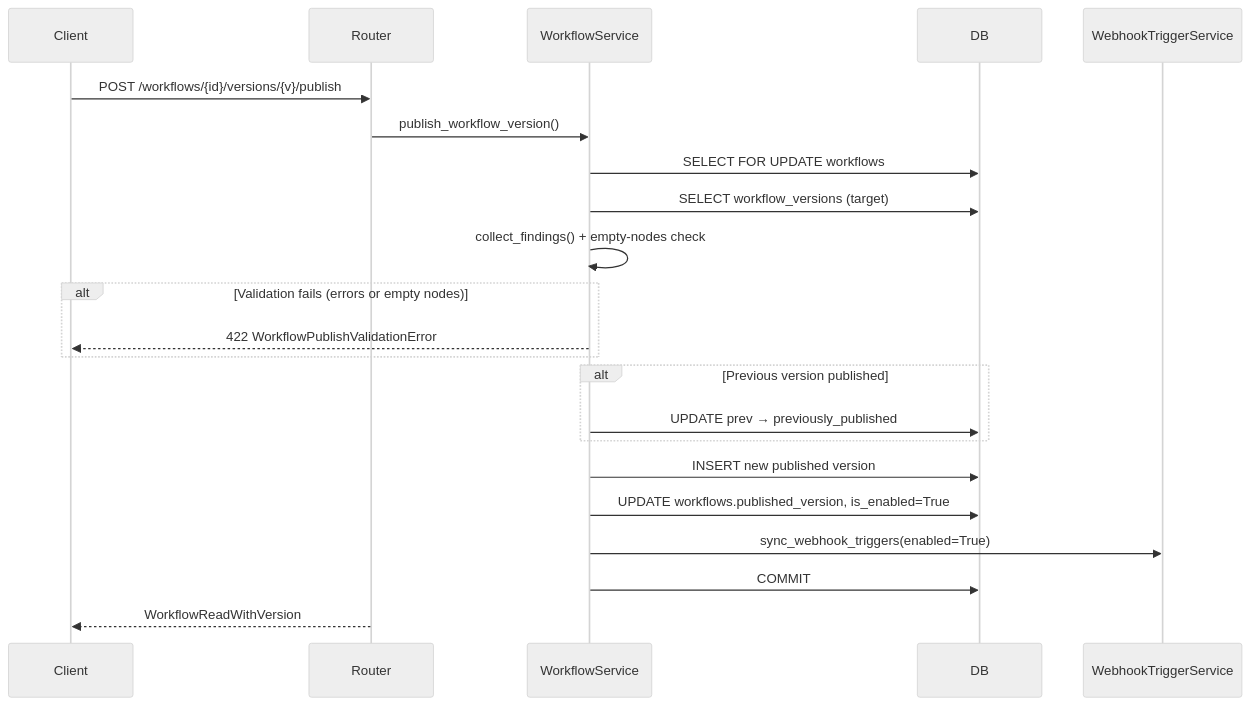
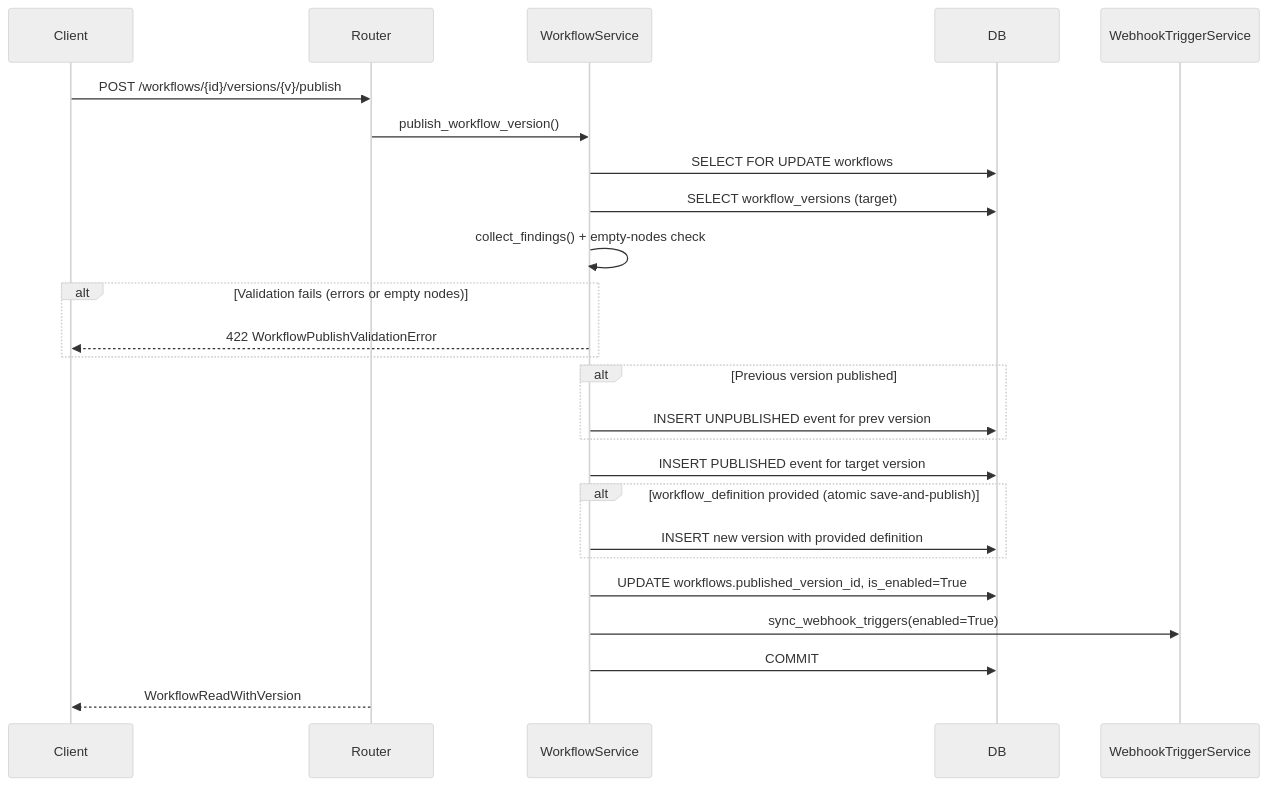
One commit to alinabuzachis/syntara changed the fourth of 4 diagrams in backend/docs/workflow-versioning.md. Above: the diagram before and after it, drawn with Mermaid (neutral theme). The commit also changed other lines of this file and 126 other files, not shown here.

First line of the commit message:
refactor(ANSTRAT-2162): replace version status enum with published_version_id FK (#545)

````diff
--- a/backend/docs/workflow-versioning.md
+++ b/backend/docs/workflow-versioning.md
@@ -143,25 +187,28 @@
 ```mermaid
 sequenceDiagram
     participant Client
     participant Router
     participant WorkflowService
     participant DB
     participant WebhookTriggerService
 
     Client->>Router: POST /workflows/{id}/versions/{v}/publish
     Router->>WorkflowService: publish_workflow_version()
     WorkflowService->>DB: SELECT FOR UPDATE workflows
     WorkflowService->>DB: SELECT workflow_versions (target)
     WorkflowService->>WorkflowService: collect_findings() + empty-nodes check
     alt Validation fails (errors or empty nodes)
         WorkflowService-->>Client: 422 WorkflowPublishValidationError
     end
     alt Previous version published
-        WorkflowService->>DB: UPDATE prev → previously_published
+        WorkflowService->>DB: INSERT UNPUBLISHED event for prev version
     end
-    WorkflowService->>DB: INSERT new published version
-    WorkflowService->>DB: UPDATE workflows.published_version, is_enabled=True
+    WorkflowService->>DB: INSERT PUBLISHED event for target version
+    alt workflow_definition provided (atomic save-and-publish)
+        WorkflowService->>DB: INSERT new version with provided definition
+    end
+    WorkflowService->>DB: UPDATE workflows.published_version_id, is_enabled=True
     WorkflowService->>WebhookTriggerService: sync_webhook_triggers(enabled=True)
     WorkflowService->>DB: COMMIT
     Router-->>Client: WorkflowReadWithVersion
 ```
````
